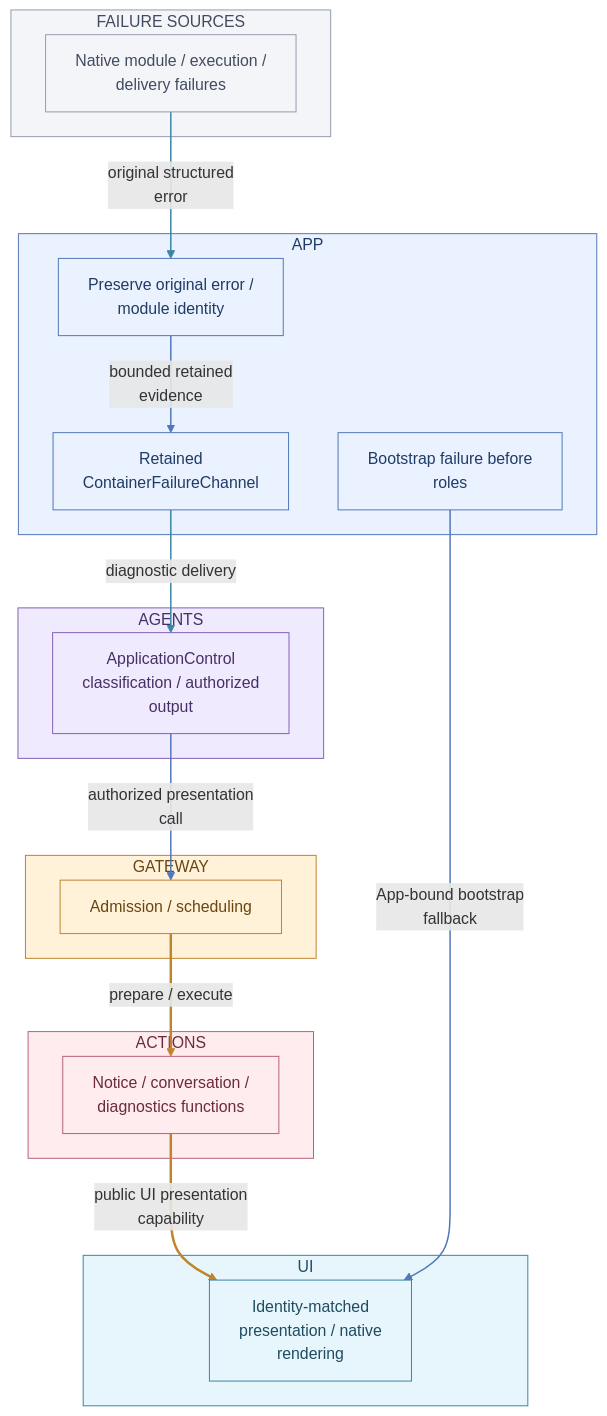
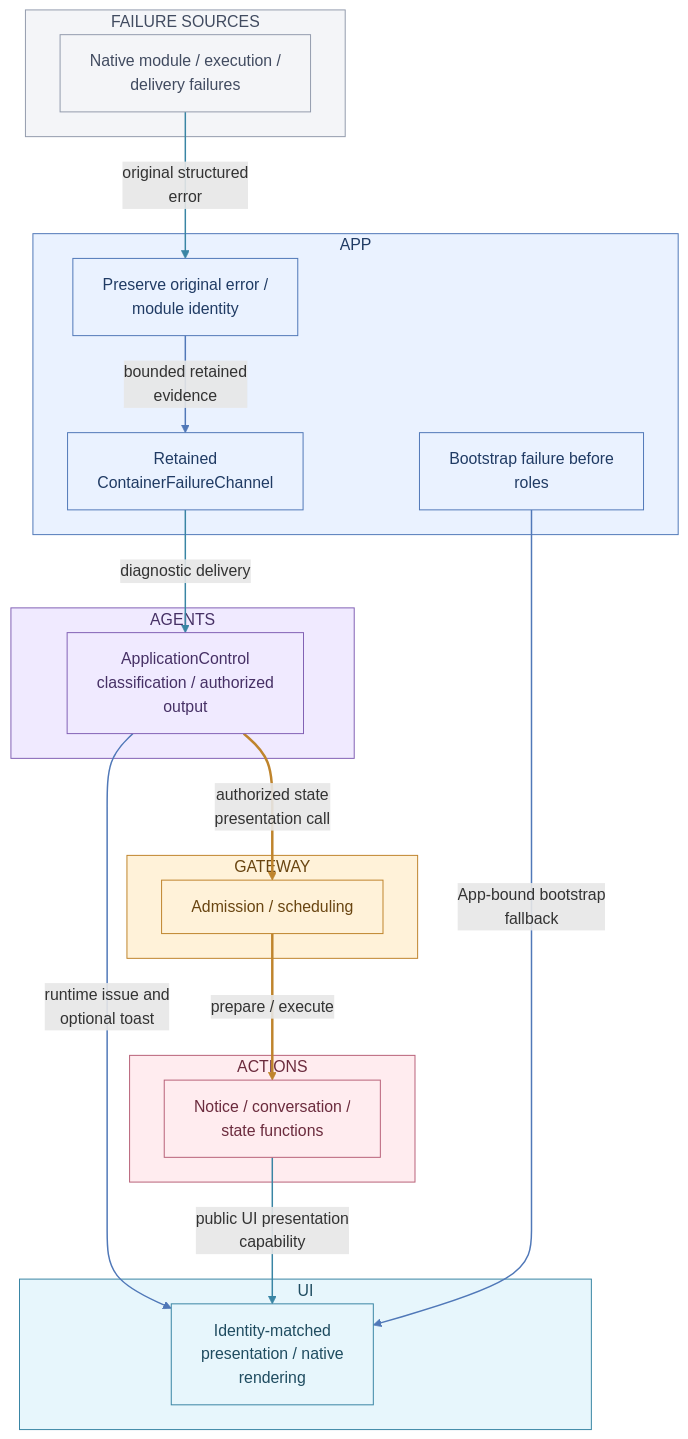
Diagram 26 of 27 in MobileHarness/README.md (devilyouwei/MobileHarness), drawn with Mermaid before and after one commit. The commit also changed other lines of this file and 172 other files, not shown here.

````diff
--- a/MobileHarness/README.md
+++ b/MobileHarness/README.md
@@ -1597,49 +1562,51 @@
 ```mermaid
 flowchart TB
     subgraph Sources["FAILURE SOURCES"]
         Failure["Native module / execution /<br/>delivery failures"]:::neutral
     end
     style Sources fill:#f4f5f8,stroke:#939bad,color:#414b60
     subgraph Host["APP"]
         App["Preserve original error /<br/>module identity"]:::host
         Channel["Retained<br/>ContainerFailureChannel"]:::host
         Bootstrap["Bootstrap failure before<br/>roles"]:::host
     end
     style Host fill:#eaf2ff,stroke:#5078b8,color:#203b64
     subgraph Cognition["AGENTS"]
         A["ApplicationControl<br/>classification / authorized<br/>output"]:::agent
     end
     style Cognition fill:#f0eaff,stroke:#8261b5,color:#463065
     subgraph Coordination["GATEWAY"]
         G["Admission / scheduling"]:::gateway
     end
     style Coordination fill:#fff2d9,stroke:#bf842c,color:#694511
     subgraph Execution["ACTIONS"]
-        X["Notice / conversation /<br/>diagnostics functions"]:::action
+        X["Notice / conversation /<br/>state functions"]:::action
     end
     style Execution fill:#ffecef,stroke:#b86178,color:#6b2b3d
     subgraph Display["UI"]
         UI["Identity-matched<br/>presentation / native<br/>rendering"]:::ui
     end
     style Display fill:#e7f6fc,stroke:#3985a4,color:#1f4c60
     Failure -->|"original structured<br/>error"| App
     App -->|"bounded retained<br/>evidence"| Channel
     Channel -->|"diagnostic delivery"| A
-    A -->|"authorized presentation<br/>call"| G
+    A -->|"runtime issue and<br/>optional toast"| UI
+    A -->|"authorized state<br/>presentation call"| G
     G ==>|"prepare / execute"| X
     X ==>|"public UI presentation<br/>capability"| UI
     Bootstrap -->|"App-bound bootstrap<br/>fallback"| UI
     classDef action fill:#ffecef,stroke:#b86178,color:#6b2b3d
     classDef agent fill:#f0eaff,stroke:#8261b5,color:#463065
     classDef gateway fill:#fff2d9,stroke:#bf842c,color:#694511
     classDef host fill:#eaf2ff,stroke:#5078b8,color:#203b64
     classDef neutral fill:#f4f5f8,stroke:#939bad,color:#414b60
     classDef ui fill:#e7f6fc,stroke:#3985a4,color:#1f4c60
     linkStyle 0 stroke:#3985a4,stroke-width:1.5px
     linkStyle 1 stroke:#5078b8,stroke-width:1.5px
     linkStyle 2 stroke:#3985a4,stroke-width:1.5px
     linkStyle 3 stroke:#5078b8,stroke-width:1.5px
     linkStyle 4 stroke:#bf842c,stroke-width:2.5px
     linkStyle 5 stroke:#bf842c,stroke-width:2.5px
-    linkStyle 6 stroke:#5078b8,stroke-width:1.5px
+    linkStyle 6 stroke:#3985a4,stroke-width:1.5px
+    linkStyle 7 stroke:#5078b8,stroke-width:1.5px
 ```
````
